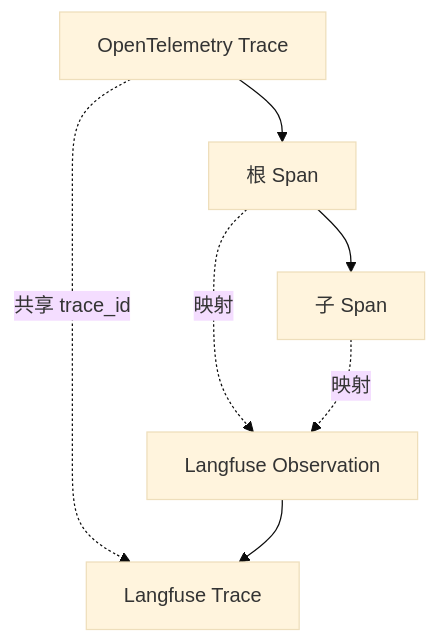
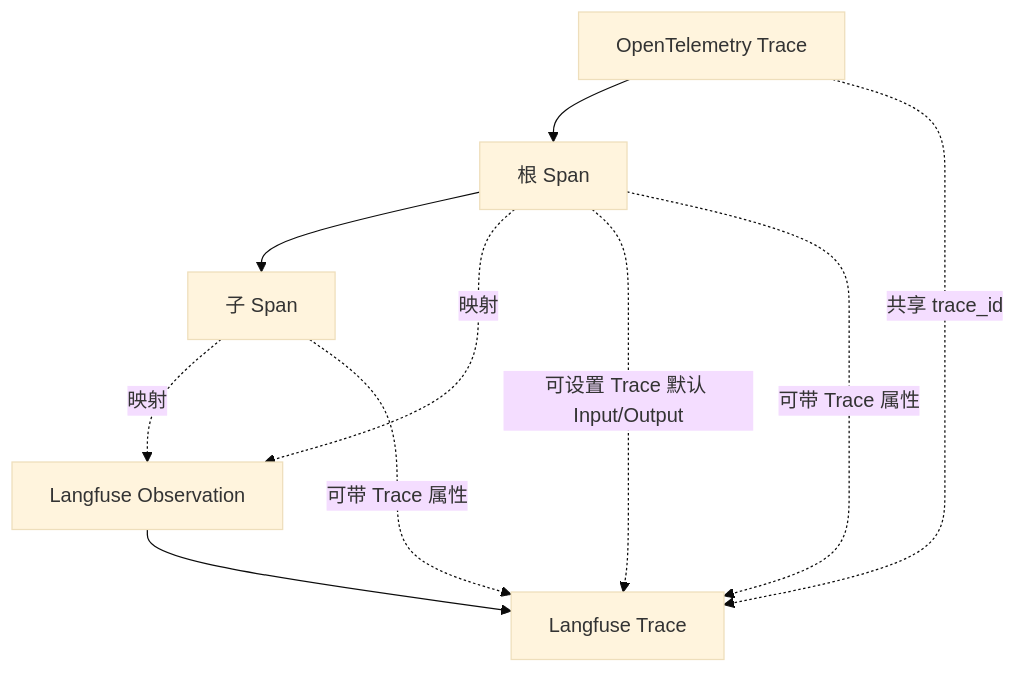
Before and after one commit to zh19990906/langfuse-zh-starter: the diagram in docs/official/observability/sdk/overview.md, drawn with Mermaid (base theme).

Commit message:
docs(qa): restore omitted upstream version and OTel trace semantics

````diff
--- a/docs/official/observability/sdk/overview.md
+++ b/docs/official/observability/sdk/overview.md
@@ -209,9 +209,12 @@
 ```mermaid
 flowchart TD
   A["OpenTelemetry Trace"] --> B["根 Span"]
   B --> C["子 Span"]
   A -. "共享 trace_id" .-> D["Langfuse Trace"]
   B -. "映射" .-> E["Langfuse Observation"]
   C -. "映射" .-> E
   E --> D
+  B -. "可设置 Trace 默认 Input/Output" .-> D
+  B -. "可带 Trace 属性" .-> D
+  C -. "可带 Trace 属性" .-> D
 ```
````
